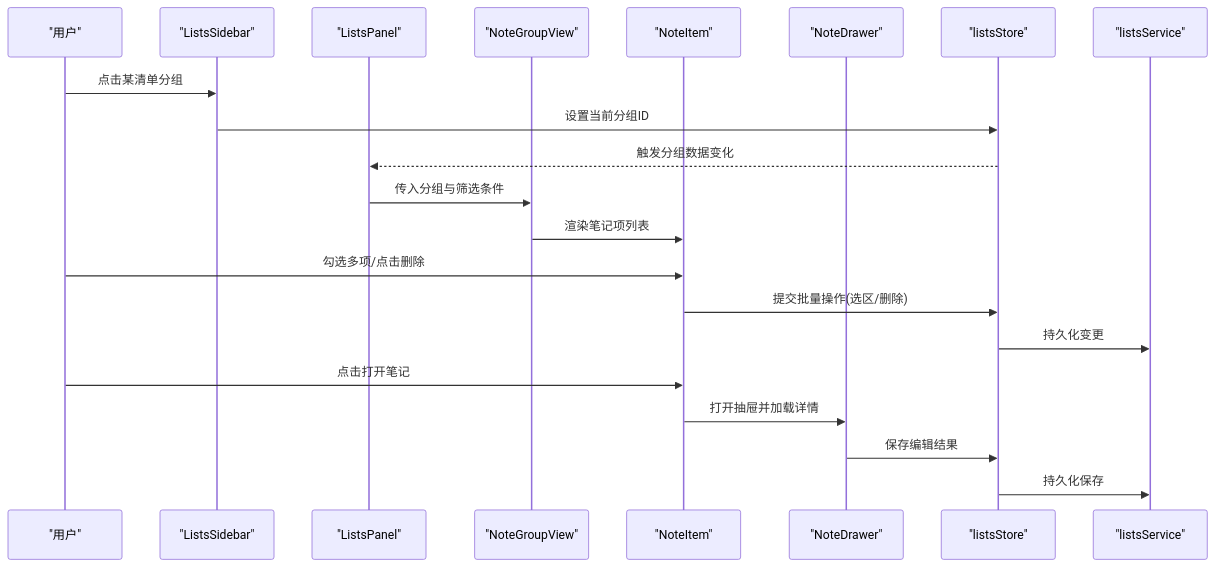
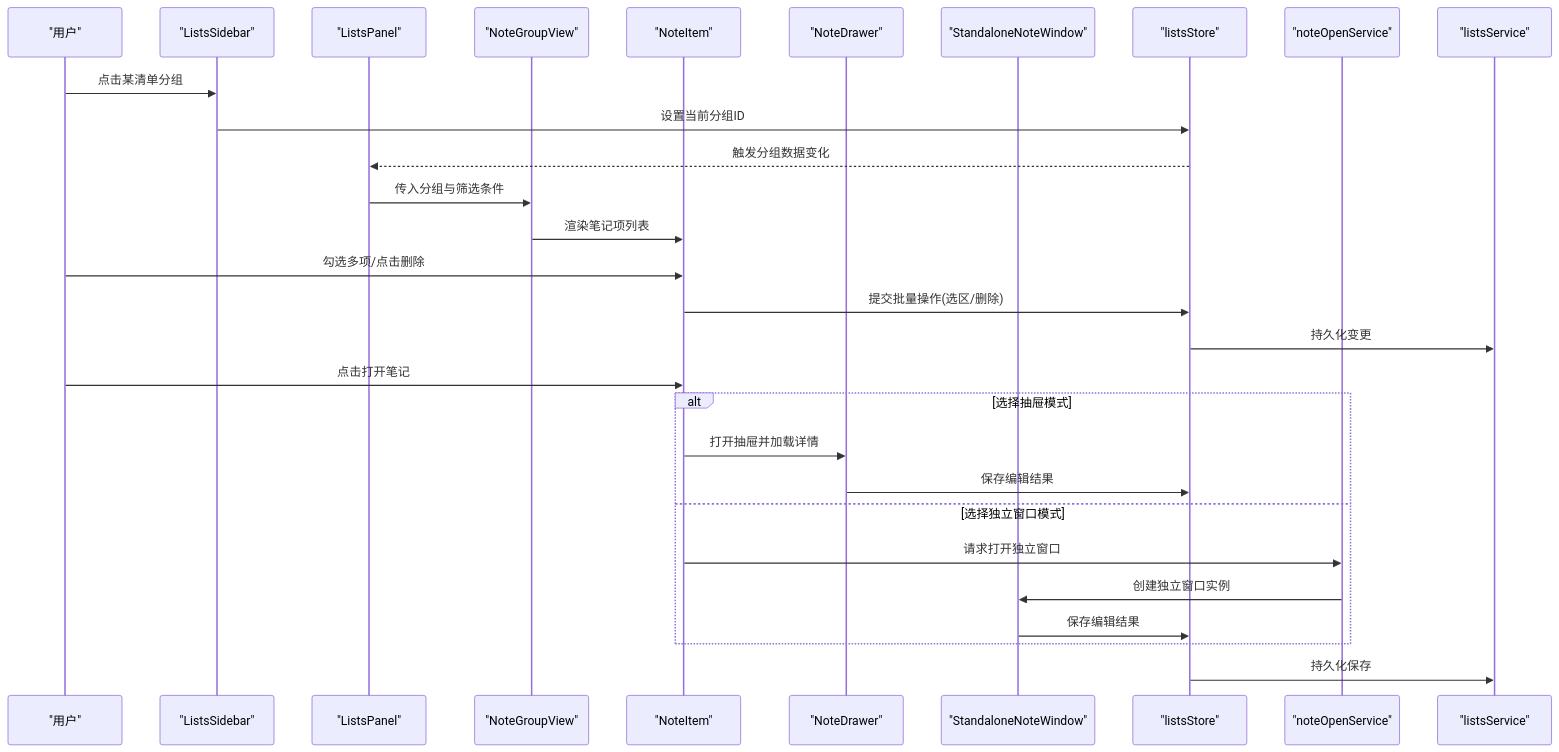
The second of 5 diagrams in .qoder/repowiki/zh/content/架构设计/组件架构设计/业务组件架构/清单管理组件.md (gzdxhujiale/FishWorker), drawn with Mermaid before and after one commit. The commit also changed other lines of this file and 19 other files, not shown here.

````diff
--- a/.qoder/repowiki/zh/content/架构设计/组件架构设计/业务组件架构/清单管理组件.md
+++ b/.qoder/repowiki/zh/content/架构设计/组件架构设计/业务组件架构/清单管理组件.md
@@ -118,23 +129,31 @@
 ```mermaid
 sequenceDiagram
 participant U as "用户"
 participant S as "ListsSidebar"
 participant P as "ListsPanel"
 participant G as "NoteGroupView"
 participant I as "NoteItem"
 participant D as "NoteDrawer"
+participant W as "StandaloneNoteWindow"
 participant ST as "listsStore"
+participant NOS as "noteOpenService"
 participant SV as "listsService"
 U->>S : 点击某清单分组
 S->>ST : 设置当前分组ID
 ST-->>P : 触发分组数据变化
 P->>G : 传入分组与筛选条件
 G->>I : 渲染笔记项列表
 U->>I : 勾选多项/点击删除
 I->>ST : 提交批量操作(选区/删除)
 ST->>SV : 持久化变更
 U->>I : 点击打开笔记
+alt 选择抽屉模式
 I->>D : 打开抽屉并加载详情
 D->>ST : 保存编辑结果
+else 选择独立窗口模式
+I->>NOS : 请求打开独立窗口
+NOS->>W : 创建独立窗口实例
+W->>ST : 保存编辑结果
+end
 ST->>SV : 持久化保存
 ```
````
